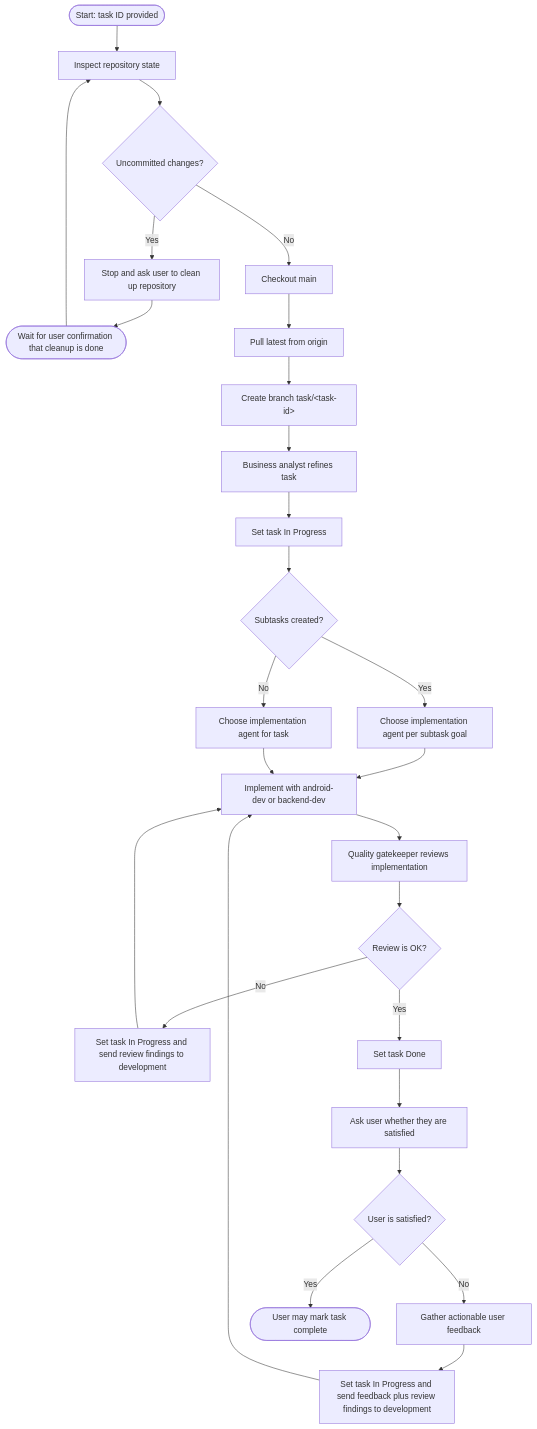
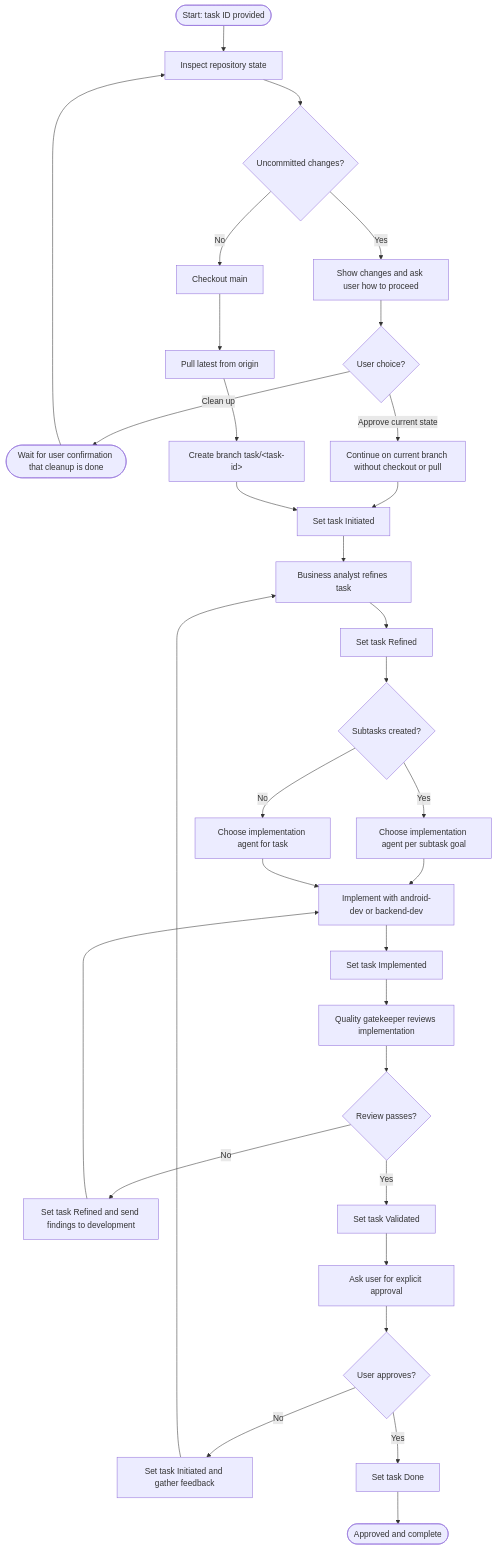
Before and after one commit to lyndametref/opencode-dev-workflow: the diagram in skills/coordination-task/references/workflow.md, drawn with Mermaid. The commit also changed other lines of this file and 5 other files, not shown here.

````diff
--- a/skills/coordination-task/references/workflow.md
+++ b/skills/coordination-task/references/workflow.md
@@ -5,29 +5,34 @@
 ```mermaid
 flowchart TD
     A([Start: task ID provided]) --> B[Inspect repository state]
     B --> C{Uncommitted changes?}
-    C -- Yes --> D[Stop and ask user to clean up repository]
-    D --> X([Wait for user confirmation that cleanup is done])
-    X --> B
+    C -- Yes --> D[Show changes and ask user how to proceed]
+    D --> CHOICE{User choice?}
+    CHOICE -- Clean up --> CLEANUP([Wait for user confirmation that cleanup is done])
+    CLEANUP --> B
+    CHOICE -- Approve current state --> CURRENT[Continue on current branch without checkout or pull]
+    CURRENT --> H[Set task Initiated]
     C -- No --> E[Checkout main]
     E --> F[Pull latest from origin]
     F --> G[Create branch task/&lt;task-id&gt;]
-    G --> H[Business analyst refines task]
-    H --> I[Set task In Progress]
-    I --> J{Subtasks created?}
-    J -- Yes --> K[Choose implementation agent per subtask goal]
-    J -- No --> L[Choose implementation agent for task]
-    K --> M[Implement with android-dev or backend-dev]
-    L --> M
-    M --> N[Quality gatekeeper reviews implementation]
-    N --> O{Review is OK?}
-    O -- No --> P[Set task In Progress and send review findings to development]
-    P --> M
-    O -- Yes --> Q[Set task Done]
-    Q --> R[Ask user whether they are satisfied]
-    R --> S{User is satisfied?}
-    S -- No --> T[Gather actionable user feedback]
-    T --> U[Set task In Progress and send feedback plus review findings to development]
-    U --> M
-    S -- Yes --> V([User may mark task complete])
+    G --> H[Set task Initiated]
+    H --> I[Business analyst refines task]
+    I --> J[Set task Refined]
+    J --> K{Subtasks created?}
+    K -- Yes --> L[Choose implementation agent per subtask goal]
+    K -- No --> M[Choose implementation agent for task]
+    L --> N[Implement with android-dev or backend-dev]
+    M --> N
+    N --> O[Set task Implemented]
+    O --> P[Quality gatekeeper reviews implementation]
+    P --> Q{Review passes?}
+    Q -- No --> R[Set task Refined and send findings to development]
+    R --> N
+    Q -- Yes --> S[Set task Validated]
+    S --> T[Ask user for explicit approval]
+    T --> U{User approves?}
+    U -- No --> V[Set task Initiated and gather feedback]
+    V --> I
+    U -- Yes --> W[Set task Done]
+    W --> DONE([Approved and complete])
 ```
````
